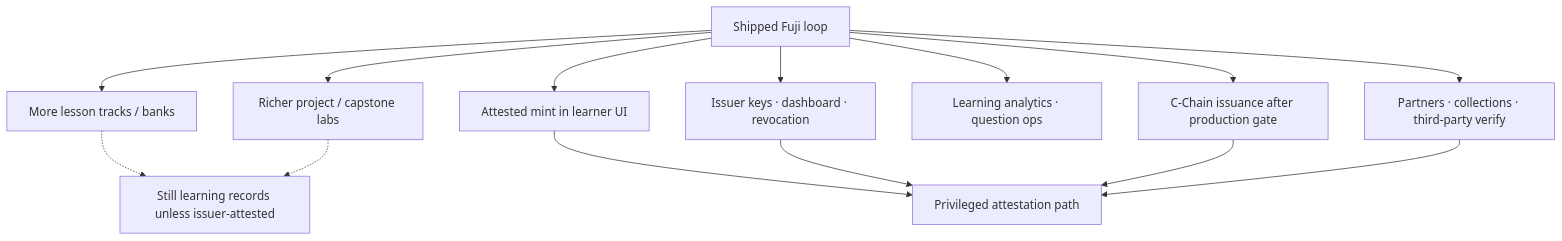
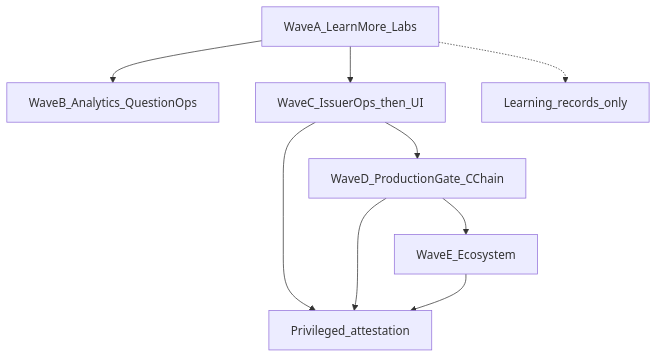
One commit to Talent-Index/forj changed the sixth of 6 diagrams in docs/FLOWCHART.md. Above: the diagram before and after it, drawn with Mermaid. The commit also changed other lines of this file and 2 other files, not shown here.

````diff
--- a/docs/FLOWCHART.md
+++ b/docs/FLOWCHART.md
@@ -127,17 +136,11 @@
 ```mermaid
 flowchart TD
-  Today[Shipped Fuji loop] --> LearnMore[More lesson tracks / banks]
-  Today --> Labs[Richer project / capstone labs]
-  Today --> IssuerUI[Attested mint in learner UI]
-  Today --> IssuerOps[Issuer keys · dashboard · revocation]
-  Today --> Analytics[Learning analytics · question ops]
-  Today --> Mainnet[C-Chain issuance after production gate]
-  Today --> Eco[Partners · collections · third-party verify]
-
-  LearnMore -.-> Honesty[Still learning records unless issuer-attested]
-  Labs -.-> Honesty
-  IssuerUI --> Attest[Privileged attestation path]
-  IssuerOps --> Attest
-  Mainnet --> Attest
-  Eco --> Attest
+  WaveA[WaveA_LearnMore_Labs] --> WaveB[WaveB_Analytics_QuestionOps]
+  WaveA --> WaveC[WaveC_IssuerOps_then_UI]
+  WaveC --> WaveD[WaveD_ProductionGate_CChain]
+  WaveD --> WaveE[WaveE_Ecosystem]
+  WaveA -.-> Honesty[Learning_records_only]
+  WaveC --> Attest[Privileged_attestation]
+  WaveD --> Attest
+  WaveE --> Attest
 ```
````
